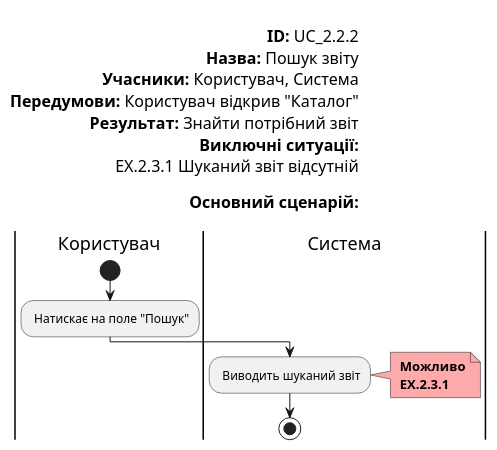
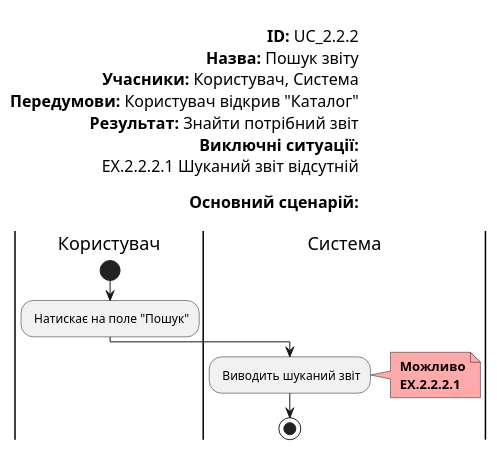
One commit to boldak/database_basics_template changed the diagram in src/uml/UC_2.2.2.puml. Above: the diagram before and after it, drawn with PlantUML.

```diff
--- a/src/uml/UC_2.2.2.puml
+++ b/src/uml/UC_2.2.2.puml
@@ -1,26 +1,26 @@
 @startuml
 left header
         
         <font color=000 size=16><b>ID:</b> UC_2.2.2
         <font color=000 size=16><b>Назва:</b> Пошук звіту
         <font color=000 size=16><b>Учасники:</b> Користувач, Система
         <font color=000 size=16><b>Передумови:</b> Користувач відкрив "Каталог"
         <font color=000 size=16><b>Результат:</b> Знайти потрібний звіт
         <font color=000 size=16><b>Виключні ситуації:</b>
-        <font color=000 size=16> ЕХ.2.3.1 Шуканий звіт відсутній
+        <font color=000 size=16> ЕХ.2.2.2.1 Шуканий звіт відсутній
         
         <font color=000 size=16><b>Основний сценарій:</b>
         
     end header
 
     |Користувач|
         start
         : Натискає на поле "Пошук";
     |Система|
         : Виводить шуканий звіт;
         note right #ffaaaa
         <b> Можливо
-        <b> EX.2.3.1
+        <b> EX.2.2.2.1
         end note
         stop;
 @enduml
```
